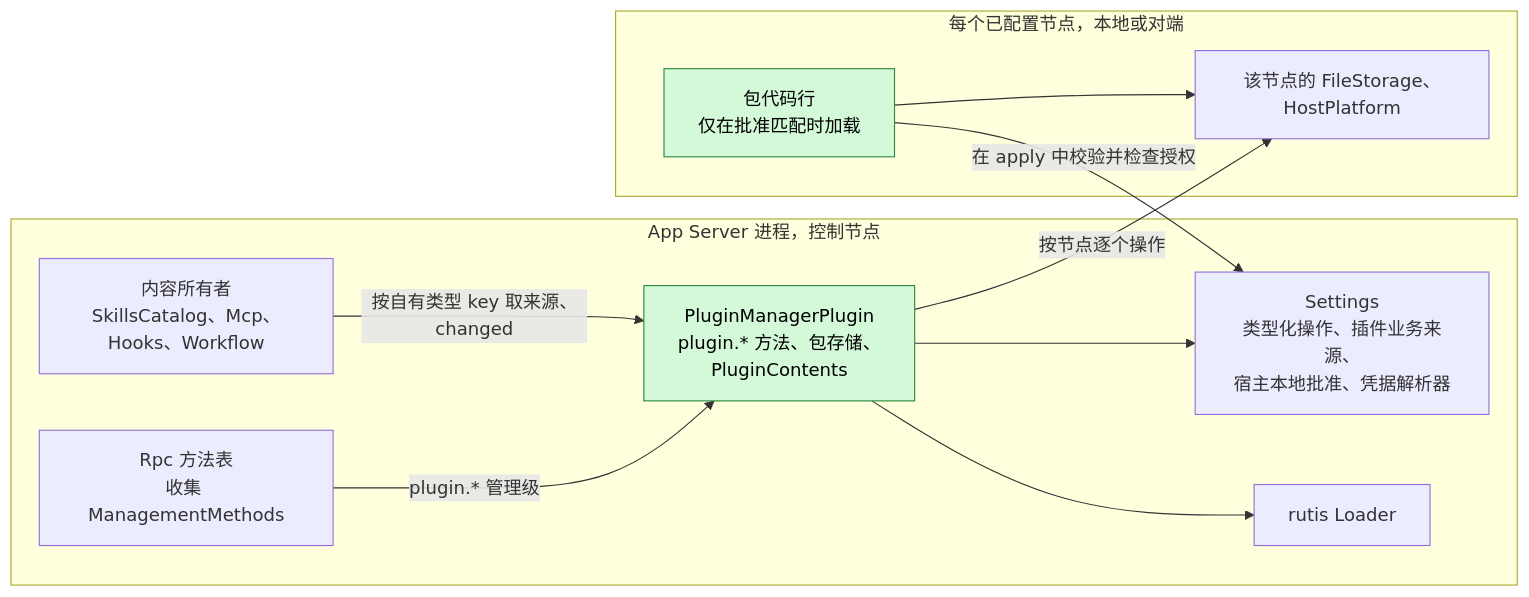
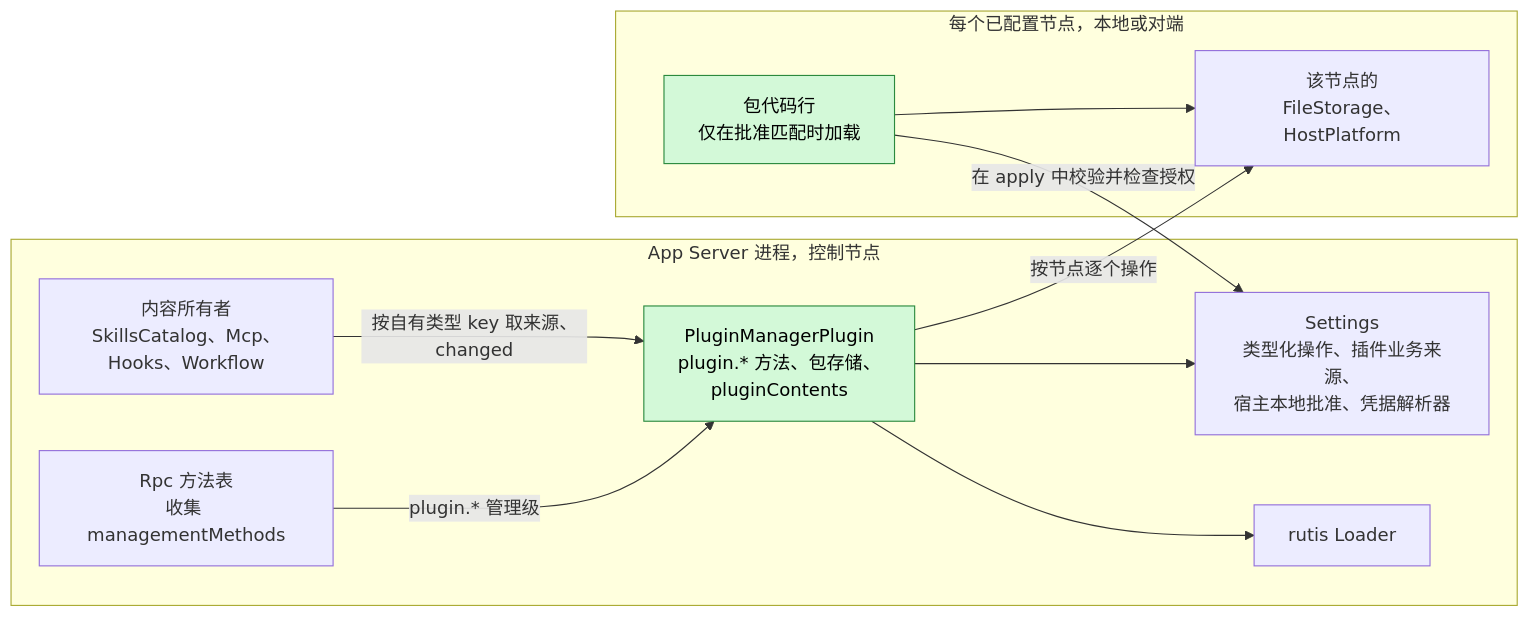
The first of 6 diagrams in docs/zh/design/plugins/PluginManager.md (CoutinhoTTS/dim-agent), drawn with Mermaid before and after one commit. The commit also changed other lines of this file and 18 other files, not shown here.

````diff
--- a/docs/zh/design/plugins/PluginManager.md
+++ b/docs/zh/design/plugins/PluginManager.md
@@ -9,22 +9,22 @@
 ```mermaid
 flowchart LR
   subgraph CN["App Server 进程，控制节点"]
-    PM["PluginManagerPlugin<br/>plugin.* 方法、包存储、<br/>PluginContents"]:::new
+    PM["PluginManagerPlugin<br/>plugin.* 方法、包存储、<br/>pluginContents"]:::new
     SET["Settings<br/>类型化操作、插件业务来源、<br/>宿主本地批准、凭据解析器"]
     LOADER["rutis Loader"]
-    RPC["Rpc 方法表<br/>收集 ManagementMethods"]
+    RPC["Rpc 方法表<br/>收集 managementMethods"]
     CONS["内容所有者<br/>SkillsCatalog、Mcp、Hooks、Workflow"]
   end
   subgraph NODE["每个已配置节点，本地或对端"]
-    SVC["该节点的 FileStorage、HostPlatform"]
+    SVC["该节点的<br/>FileStorage、HostPlatform"]
     CODE["包代码行<br/>仅在批准匹配时加载"]:::new
   end
   PM --> SET
   PM --> LOADER
   PM -->|"按节点逐个操作"| SVC
   RPC -->|"plugin.* 管理级"| PM
   CONS -->|"按自有类型 key 取来源、changed"| PM
   CODE -->|"在 apply 中校验并检查授权"| SET
   CODE --> SVC
   classDef new fill:#d3f9d8,stroke:#2b8a3e,color:#000
 ```
````
